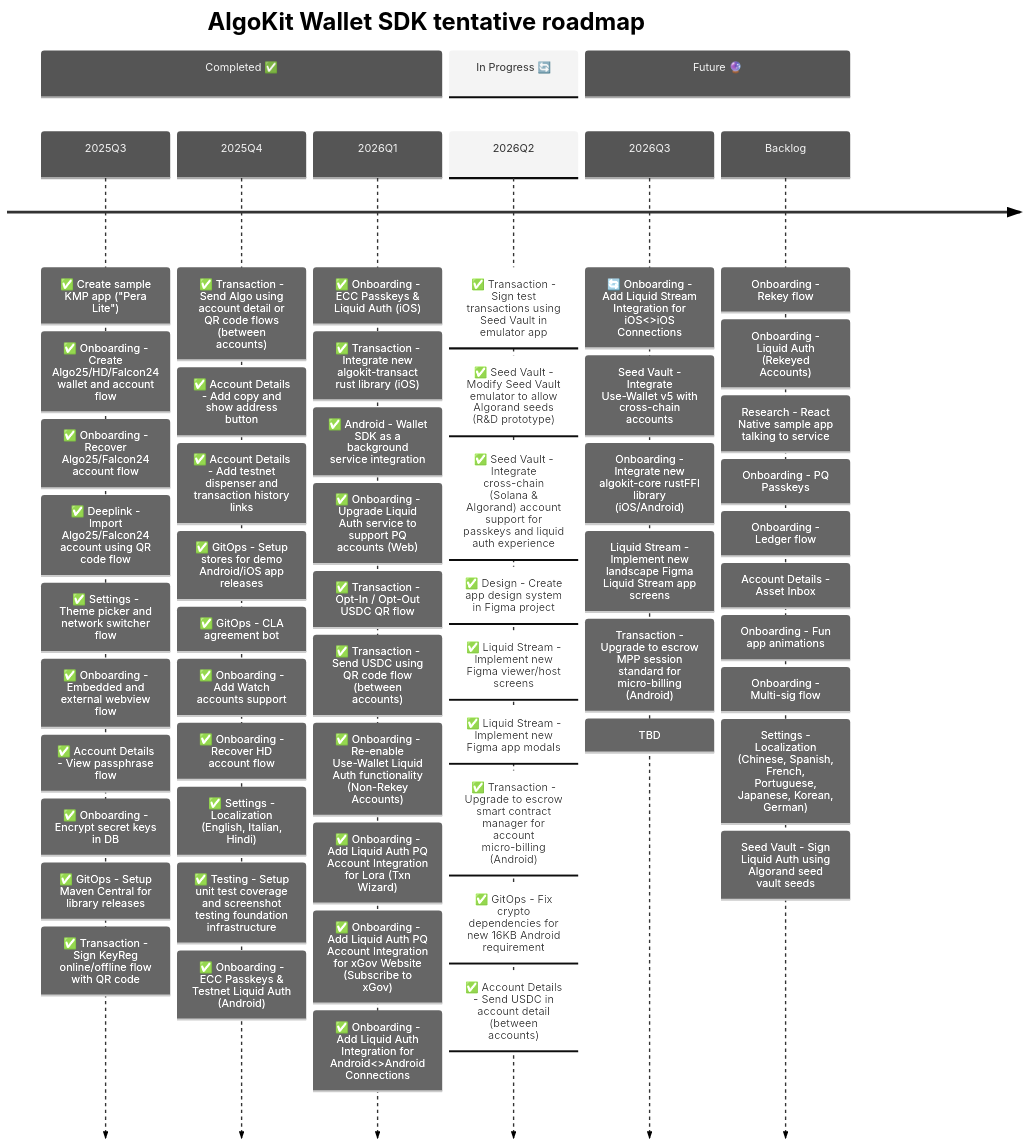
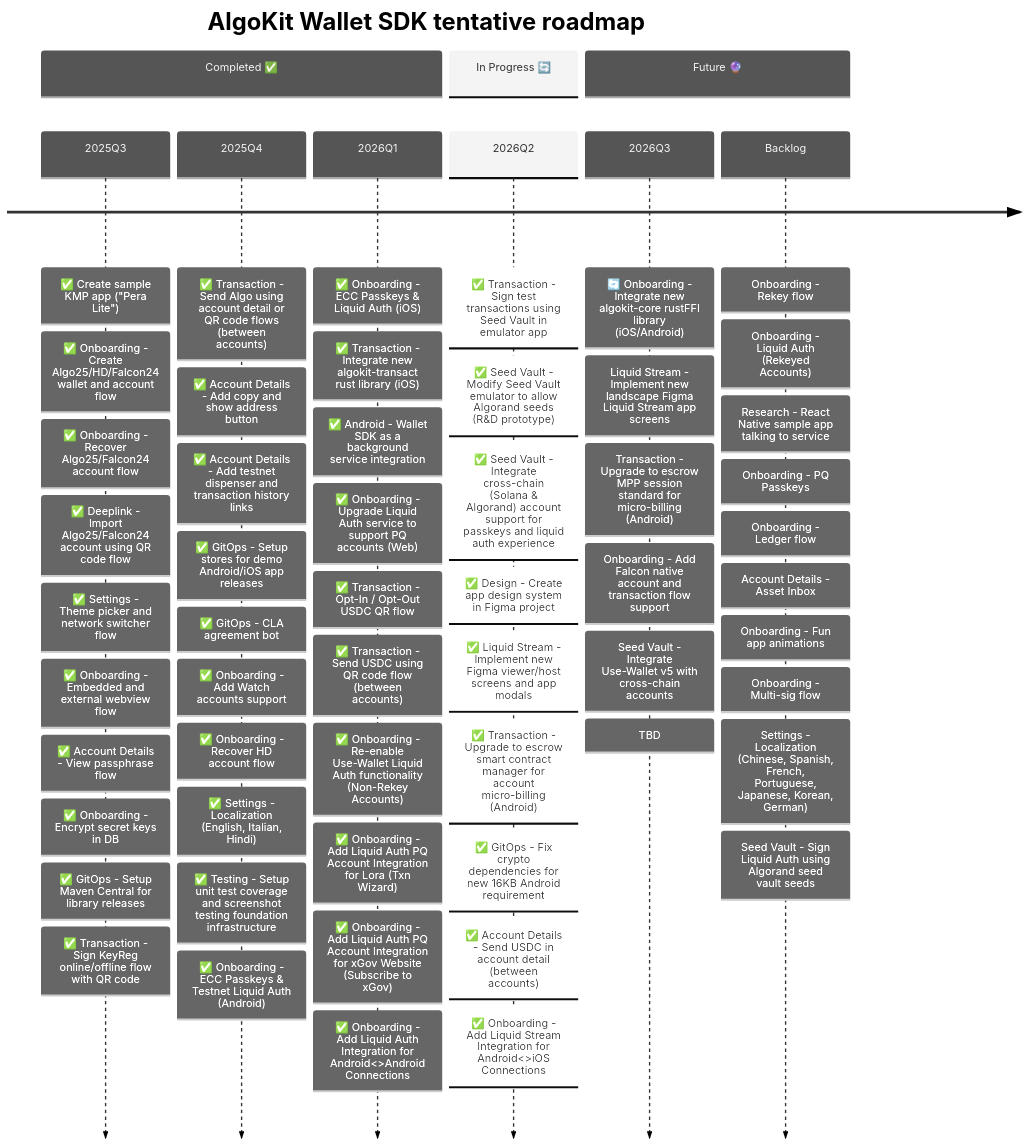
Before and after one commit to michaeltchuangllc/algokit-walletsdk-kmp: the second of 3 diagrams in README.md, drawn with Mermaid. The commit also changed 5 other files, not shown here.

````diff
--- a/README.md
+++ b/README.md
@@ -69,72 +69,72 @@
 ```mermaid
 ---
 config:
   theme: 'neutral'
 ---
 timeline
     title AlgoKit Wallet SDK tentative roadmap
 
     section Completed ✅
     2025Q3  : ✅ Create sample KMP app ("Pera Lite")
             : ✅ Onboarding - Create Algo25/HD/Falcon24 wallet and account flow
             : ✅ Onboarding - Recover Algo25/Falcon24 account flow
             : ✅ Deeplink - Import Algo25/Falcon24 account using QR code flow
             : ✅ Settings - Theme picker and network switcher flow
             : ✅ Onboarding - Embedded and external webview flow
             : ✅ Account Details - View passphrase flow
             : ✅ Onboarding - Encrypt secret keys in DB
             : ✅ GitOps - Setup Maven Central for library releases
             : ✅ Transaction - Sign KeyReg online/offline flow with QR code
 
     2025Q4  : ✅ Transaction - Send Algo using account detail or QR code flows (between accounts)
             : ✅ Account Details - Add copy and show address button
             : ✅ Account Details - Add testnet dispenser and transaction history links
             : ✅ GitOps - Setup stores for demo Android/iOS app releases
             : ✅ GitOps - CLA agreement bot
             : ✅ Onboarding - Add Watch accounts support
             : ✅ Onboarding - Recover HD account flow
             : ✅ Settings - Localization (English, Italian, Hindi)
             : ✅ Testing - Setup unit test coverage and screenshot testing foundation infrastructure
             : ✅ Onboarding - ECC Passkeys & Testnet Liquid Auth (Android)
 
     2026Q1  : ✅ Onboarding - ECC Passkeys & Liquid Auth (iOS)
             : ✅ Transaction - Integrate new algokit-transact rust library (iOS)
             : ✅ Android - Wallet SDK as a background service integration
             : ✅ Onboarding - Upgrade Liquid Auth service to support PQ accounts (Web)
             : ✅ Transaction - Opt-In / Opt-Out USDC QR flow
             : ✅ Transaction - Send USDC using QR code flow (between accounts)
             : ✅ Onboarding - Re-enable Use-Wallet Liquid Auth functionality (Non-Rekey Accounts)
             : ✅ Onboarding - Add Liquid Auth PQ Account Integration for Lora (Txn Wizard)
             : ✅ Onboarding - Add Liquid Auth PQ Account Integration for xGov Website (Subscribe to xGov)
             : ✅ Onboarding - Add Liquid Auth Integration for Android<>Android Connections
 
     section In Progress 🔄
     2026Q2  : ✅ Transaction - Sign test transactions using Seed Vault in emulator app
             : ✅ Seed Vault - Modify Seed Vault emulator to allow Algorand seeds (R&D prototype)
             : ✅ Seed Vault - Integrate cross-chain (Solana & Algorand) account support for passkeys and liquid auth experience
             : ✅ Design - Create app design system in Figma project
-            : ✅ Liquid Stream - Implement new Figma viewer/host screens
-            : ✅ Liquid Stream - Implement new Figma app modals
+            : ✅ Liquid Stream - Implement new Figma viewer/host screens and app modals
             : ✅ Transaction - Upgrade to escrow smart contract manager for account micro-billing (Android)
             : ✅ GitOps - Fix crypto dependencies for new 16KB Android requirement
             : ✅ Account Details - Send USDC in account detail (between accounts)
+            : ✅ Onboarding - Add Liquid Stream Integration for Android<>iOS Connections
             
     section Future 🔮
-     2026Q3  : 🔄 Onboarding - Add Liquid Stream Integration for iOS<>iOS Connections
-             : Seed Vault - Integrate Use-Wallet v5 with cross-chain accounts
-             : Onboarding - Integrate new algokit-core rustFFI library (iOS/Android)
+     2026Q3  : 🔄 Onboarding - Integrate new algokit-core rustFFI library (iOS/Android)
              : Liquid Stream - Implement new landscape Figma Liquid Stream app screens
              : Transaction - Upgrade to escrow MPP session standard for micro-billing (Android)
+             : Onboarding - Add Falcon native account and transaction flow support
+             : Seed Vault - Integrate Use-Wallet v5 with cross-chain accounts
              : TBD
     Backlog
             : Onboarding - Rekey flow
             : Onboarding - Liquid Auth (Rekeyed Accounts)
             : Research - React Native sample app talking to service
             : Onboarding - PQ Passkeys
             : Onboarding - Ledger flow
             : Account Details - Asset Inbox
             : Onboarding - Fun app animations
             : Onboarding - Multi-sig flow
             : Settings - Localization (Chinese, Spanish, French, Portuguese, Japanese, Korean, German)
             : Seed Vault - Sign Liquid Auth using Algorand seed vault seeds
 ```
````
